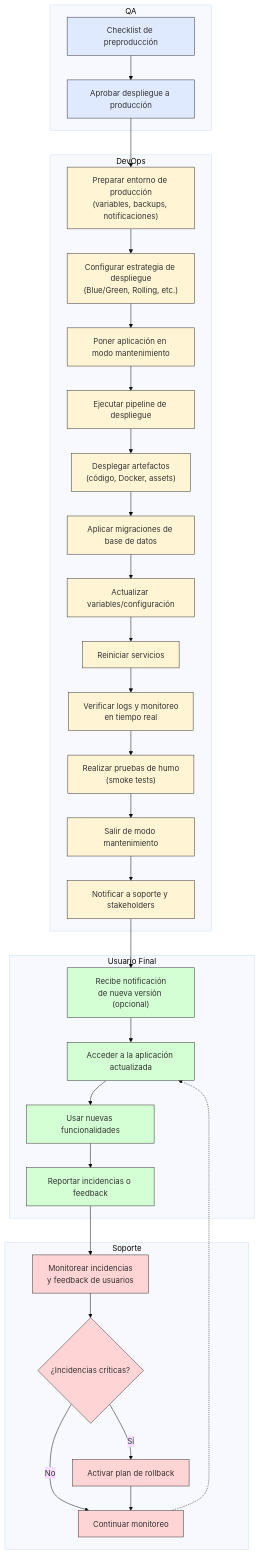
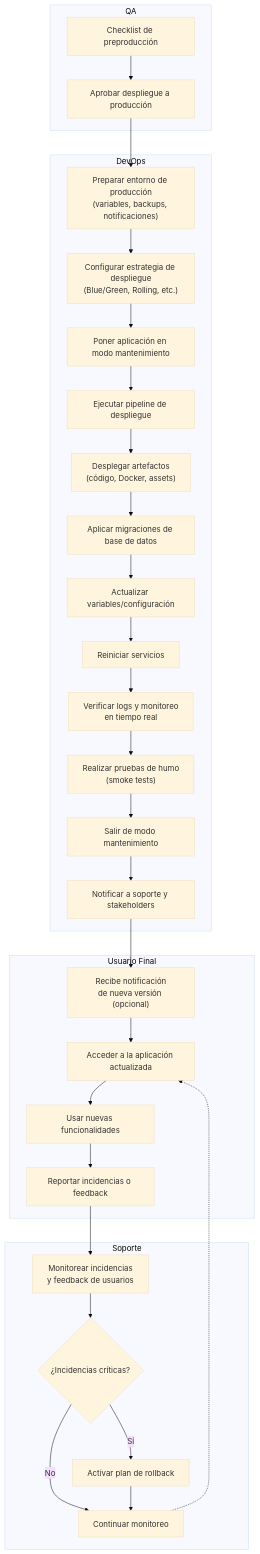
One commit to DarwinValdiviezo/evaltrack changed the first of 2 diagrams in DEPLOYMENT_PLAN.md. Above: the diagram before and after it, drawn with Mermaid (base theme).

````diff
--- a/DEPLOYMENT_PLAN.md
+++ b/DEPLOYMENT_PLAN.md
@@ -178,75 +178,75 @@
 ```mermaid
 flowchart TD
     %% QA
     subgraph QA ["QA"]
         QA1["Checklist de preproducción"]
         QA2["Aprobar despliegue a producción"]
     end
 
     %% DevOps
     subgraph DevOps ["DevOps"]
         D1["Preparar entorno de producción<br/>(variables, backups, notificaciones)"]
         D2["Configurar estrategia de despliegue<br/>(Blue/Green, Rolling, etc.)"]
         D3["Poner aplicación en modo mantenimiento"]
         D4["Ejecutar pipeline de despliegue"]
         D5["Desplegar artefactos<br/>(código, Docker, assets)"]
         D6["Aplicar migraciones de base de datos"]
         D7["Actualizar variables/configuración"]
         D8["Reiniciar servicios"]
         D9["Verificar logs y monitoreo<br/>en tiempo real"]
         D10["Realizar pruebas de humo<br/>(smoke tests)"]
         D11["Salir de modo mantenimiento"]
         D12["Notificar a soporte y stakeholders"]
     end
 
     %% Soporte
     subgraph Soporte ["Soporte"]
         S1["Monitorear incidencias<br/>y feedback de usuarios"]
         S2{"¿Incidencias críticas?"}
         S3["Activar plan de rollback"]
         S4["Continuar monitoreo"]
     end
 
     %% Usuario Final
     subgraph UsuarioFinal ["Usuario Final"]
         U1["Recibe notificación<br/>de nueva versión (opcional)"]
         U2["Acceder a la aplicación actualizada"]
         U3["Usar nuevas funcionalidades"]
         U4["Reportar incidencias o feedback"]
     end
 
     %% Flujo principal
     QA1 --> QA2
     QA2 --> D1
     D1 --> D2
     D2 --> D3
     D3 --> D4
     D4 --> D5
     D5 --> D6
     D6 --> D7
     D7 --> D8
     D8 --> D9
     D9 --> D10
     D10 --> D11
     D11 --> D12
     D12 --> U1
     U1 --> U2
     U2 --> U3
     U3 --> U4
     U4 --> S1
     S1 --> S2
     S2 -- "Sí" --> S3
     S2 -- "No" --> S4
     S3 --> S4
     S4 -.-> U2
 
     %% Notas visuales
-    classDef qa fill:#E0EAFF,stroke:#333,stroke-width:1px;
-    classDef devops fill:#FFF5D4,stroke:#333,stroke-width:1px;
-    classDef soporte fill:#FFD4D4,stroke:#333,stroke-width:1px;
-    classDef usuario fill:#D4FFD4,stroke:#333,stroke-width:1px;
+    classDef qa fill:
+    classDef devops fill:
+    classDef soporte fill:
+    classDef usuario fill:
     class QA1,QA2 qa;
     class D1,D2,D3,D4,D5,D6,D7,D8,D9,D10,D11,D12 devops;
     class S1,S2,S3,S4 soporte;
     class U1,U2,U3,U4 usuario;
 ```
````
